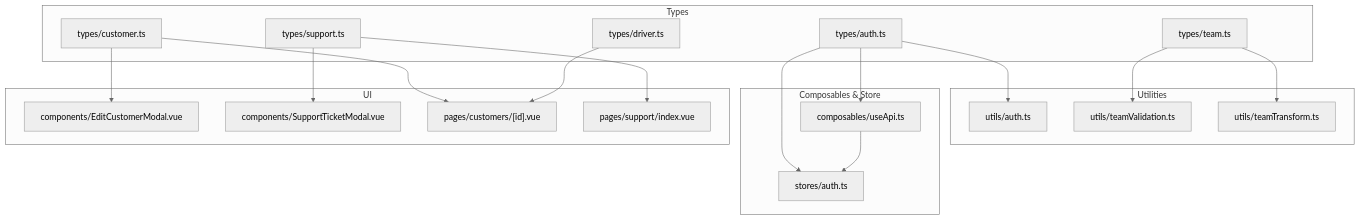
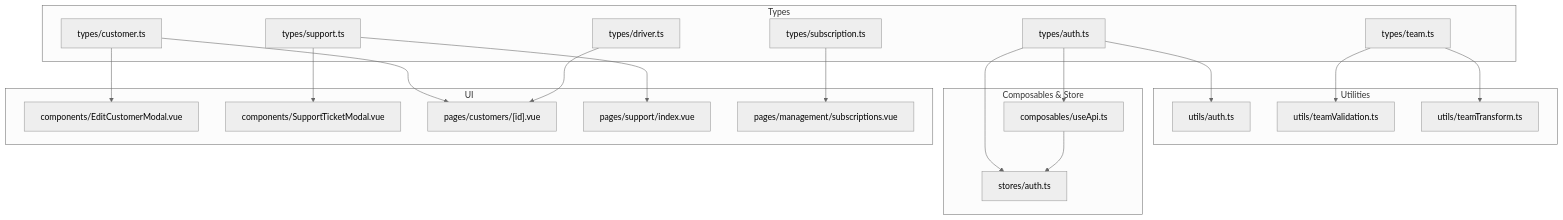
The first of 9 diagrams in .qoder/repowiki/en/content/Data Management & State/TypeScript Type Definitions.md (Lazynerd-Studios/lacarte-atlas-console), drawn with Mermaid (neutral theme) before and after one commit. The commit also changed other lines of this file and 22 other files, not shown here.

````diff
--- a/.qoder/repowiki/en/content/Data Management & State/TypeScript Type Definitions.md
+++ b/.qoder/repowiki/en/content/Data Management & State/TypeScript Type Definitions.md
@@ -44,36 +54,39 @@
 ```mermaid
 graph TB
 subgraph "Types"
 TAuth["types/auth.ts"]
 TCustomer["types/customer.ts"]
 TDriver["types/driver.ts"]
 TSupport["types/support.ts"]
 TTeam["types/team.ts"]
+TSubscription["types/subscription.ts"]
 end
 subgraph "Utilities"
 UAuth["utils/auth.ts"]
 UTeamVal["utils/teamValidation.ts"]
 UTeamXform["utils/teamTransform.ts"]
 end
 subgraph "Composables & Store"
 CApi["composables/useApi.ts"]
 SAuth["stores/auth.ts"]
 end
 subgraph "UI"
 CompEditCust["components/EditCustomerModal.vue"]
 CompTicket["components/SupportTicketModal.vue"]
 PageCust["pages/customers/[id].vue"]
 PageSupport["pages/support/index.vue"]
+PageSubs["pages/management/subscriptions.vue"]
 end
 TAuth --> UAuth
 TAuth --> SAuth
 TAuth --> CApi
 TCustomer --> CompEditCust
 TCustomer --> PageCust
 TDriver --> PageCust
 TSupport --> CompTicket
 TSupport --> PageSupport
 TTeam --> UTeamVal
 TTeam --> UTeamXform
+TSubscription --> PageSubs
 CApi --> SAuth
 ```
````
